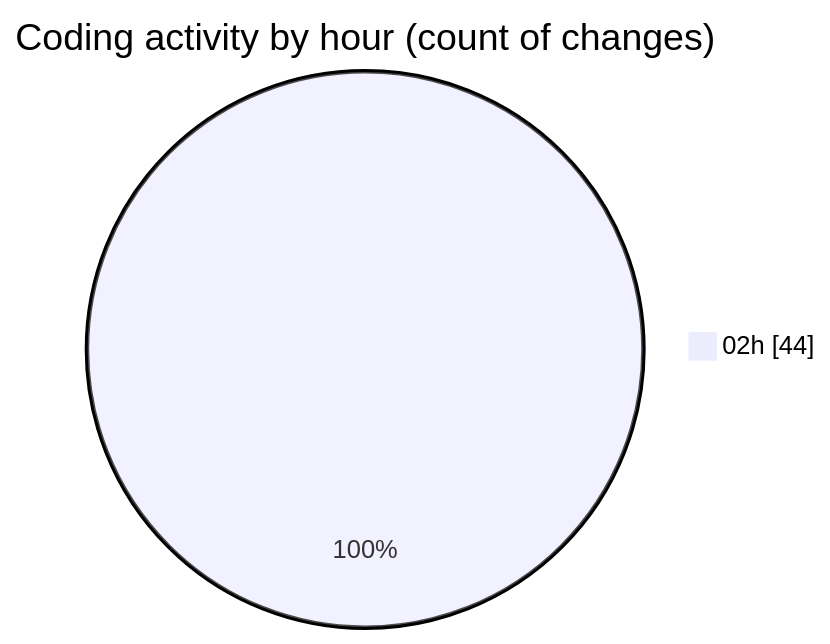
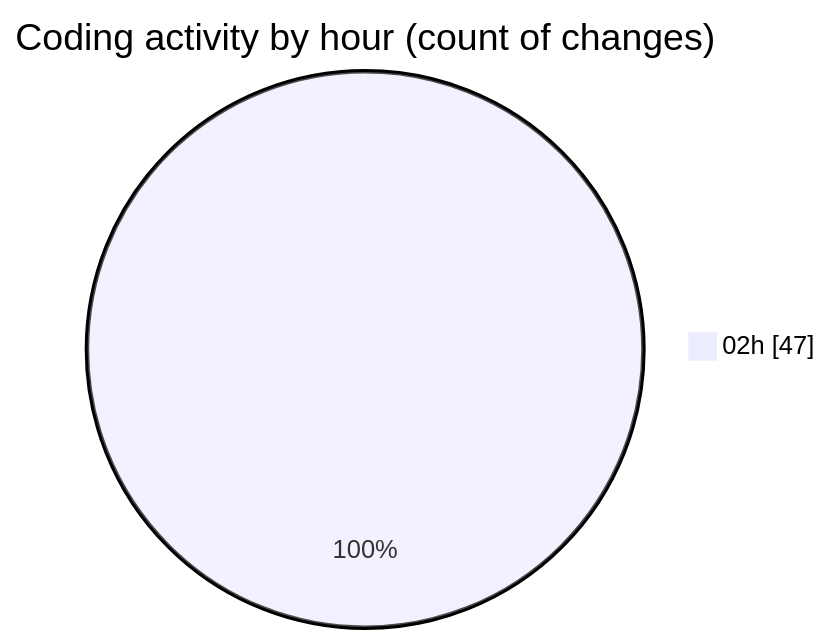
One commit to ernivani/code-tracking changed the second of 2 diagrams in 2025-01-02/3drust/README.md. Above: the diagram before and after it, drawn with Mermaid. The commit also changed other lines of this file and 2 other files, not shown here.

````diff
--- a/2025-01-02/3drust/README.md
+++ b/2025-01-02/3drust/README.md
@@ -32,5 +32,5 @@
 ```mermaid
 pie showData
 title Coding activity by hour (count of changes)
-"02h" : 44
+"02h" : 47
 ```
````
